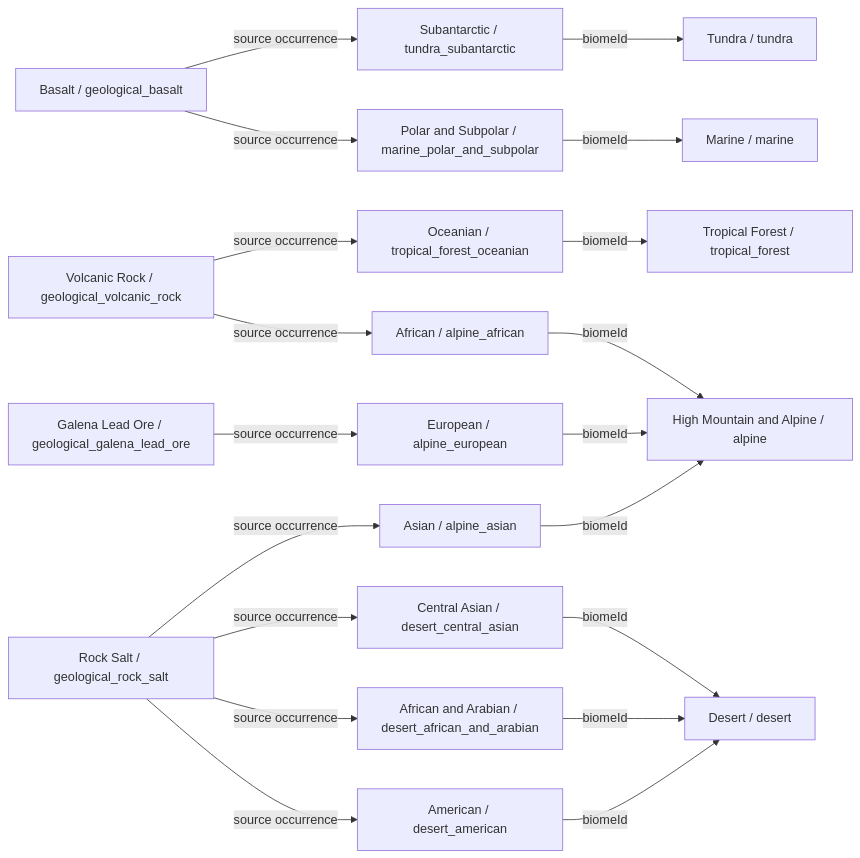
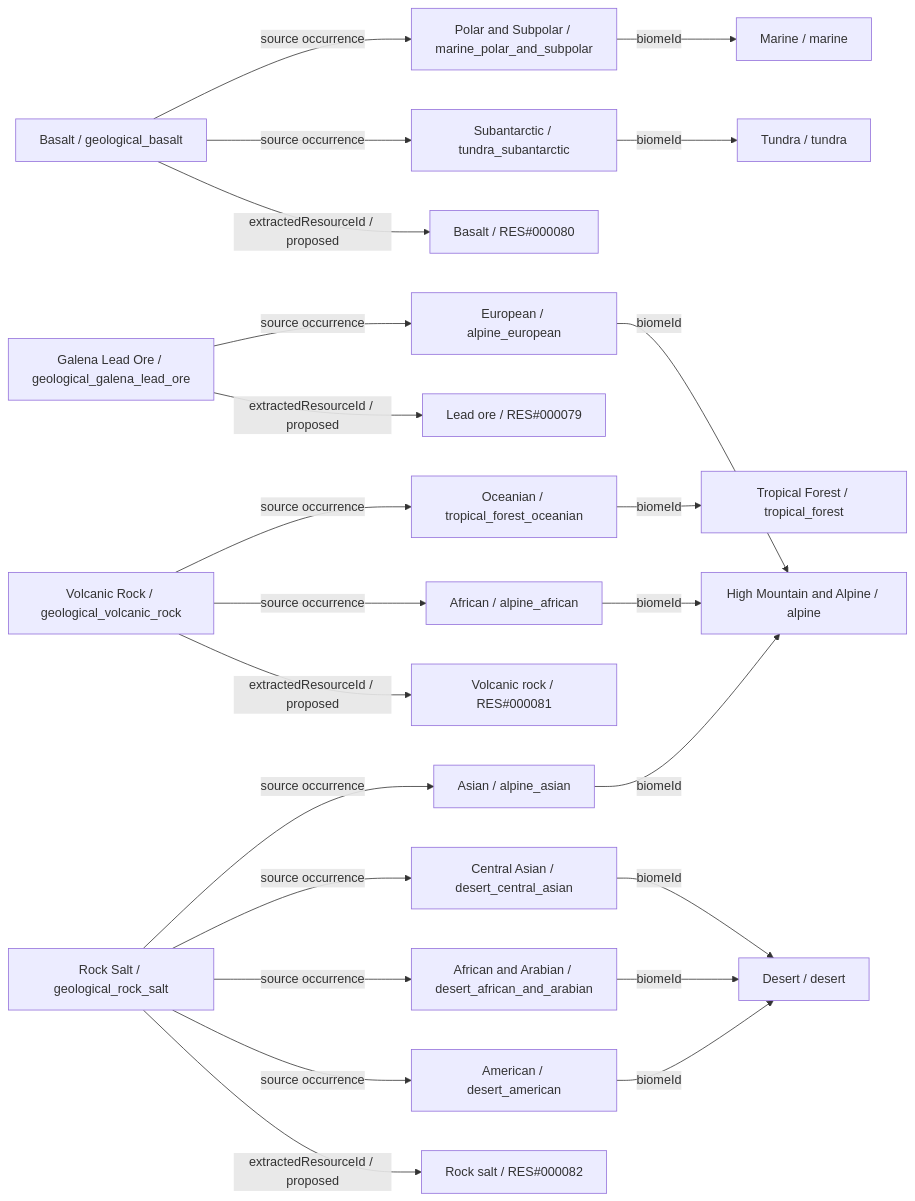
One commit to fgabo404/EvolveDoc changed diagram 12 of 15 in data/minerals/DIAGRAMS.md. Above: the diagram before and after it, drawn with Mermaid. The commit also changed other lines of this file and 50 other files, not shown here.

````diff
--- a/data/minerals/DIAGRAMS.md
+++ b/data/minerals/DIAGRAMS.md
@@ -698,39 +786,47 @@
 ```mermaid
 flowchart LR
     c0["Galena Lead Ore / geological_galena_lead_ore"]
     v25["European / alpine_european"]
     b6["High Mountain and Alpine / alpine"]
+    r0["Lead ore / RES#000079"]
     c1["Basalt / geological_basalt"]
     v10["Subantarctic / tundra_subantarctic"]
     b2["Tundra / tundra"]
     v21["Polar and Subpolar / marine_polar_and_subpolar"]
     b5["Marine / marine"]
+    r1["Basalt / RES#000080"]
     c2["Volcanic Rock / geological_volcanic_rock"]
     v3["Oceanian / tropical_forest_oceanian"]
     b0["Tropical Forest / tropical_forest"]
     v26["African / alpine_african"]
+    r2["Volcanic rock / RES#000081"]
     c3["Rock Salt / geological_rock_salt"]
     v15["American / desert_american"]
     b4["Desert / desert"]
     v16["African and Arabian / desert_african_and_arabian"]
     v17["Central Asian / desert_central_asian"]
     v24["Asian / alpine_asian"]
+    r3["Rock salt / RES#000082"]
+    c0 -->|extractedResourceId / proposed| r0
     c0 -->|source occurrence| v25
+    c1 -->|extractedResourceId / proposed| r1
     c1 -->|source occurrence| v10
     c1 -->|source occurrence| v21
+    c2 -->|extractedResourceId / proposed| r2
     c2 -->|source occurrence| v26
     c2 -->|source occurrence| v3
+    c3 -->|extractedResourceId / proposed| r3
     c3 -->|source occurrence| v15
     c3 -->|source occurrence| v16
     c3 -->|source occurrence| v17
     c3 -->|source occurrence| v24
     v10 -->|biomeId| b2
     v15 -->|biomeId| b4
     v16 -->|biomeId| b4
     v17 -->|biomeId| b4
     v21 -->|biomeId| b5
     v24 -->|biomeId| b6
     v25 -->|biomeId| b6
     v26 -->|biomeId| b6
     v3 -->|biomeId| b0
 ```
````
